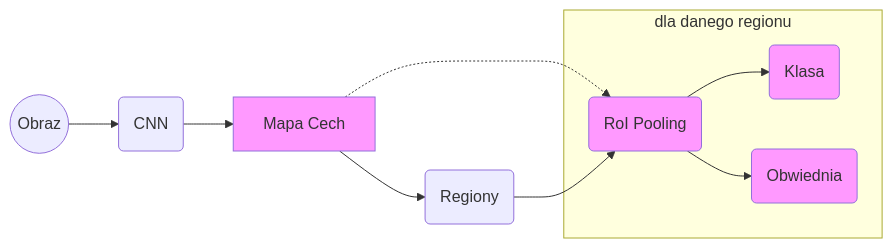
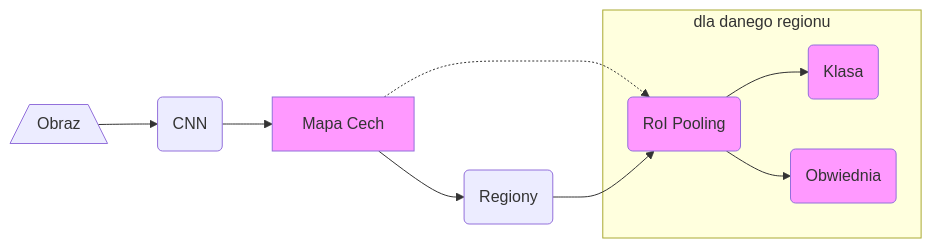
Before and after one commit to rzadp/badminton-monorepo: the diagram in thesis/chapters/podejscie/mask_r-cnn/fast_r-cnn.mmd, drawn with Mermaid. The commit also changed 6 other files, not shown here.

Commit message:
Update mermaid diagrams

```diff
--- a/thesis/chapters/podejscie/mask_r-cnn/fast_r-cnn.mmd
+++ b/thesis/chapters/podejscie/mask_r-cnn/fast_r-cnn.mmd
@@ -1,33 +1,33 @@
 graph LR
 
 %% ...::: NODES :::...
 
-input((Obraz))
+input[/Obraz\]
 cnn(CNN)
 feature_map[Mapa Cech]
 rpn(Regiony)
 roi(RoI Pooling)
 
 clas(Klasa)
 bounding_box(Obwiednia)
 
 %% ...::: STYLING :::...
 
 %% style input fill:#bddaff,stroke:#4294ff
 style roi fill:#f9f
 style feature_map fill:#f9f
 style clas fill:#f9f
 style bounding_box fill:#f9f
 
 %% ...::: FLOWS :::...
 
 input-->cnn
 cnn-->feature_map
 feature_map-->rpn
 
 feature_map-.->roi
 rpn-->roi
 subgraph dla danego regionu
   roi-->clas
   roi-->bounding_box
 end
```
